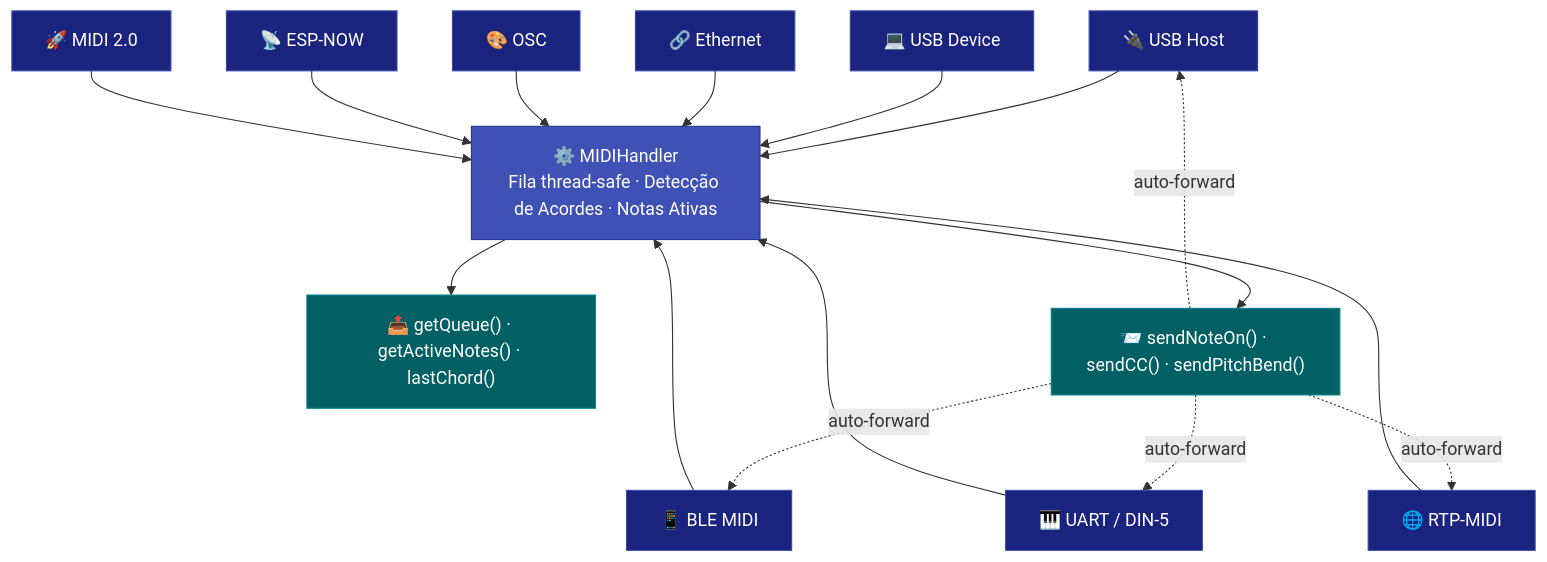
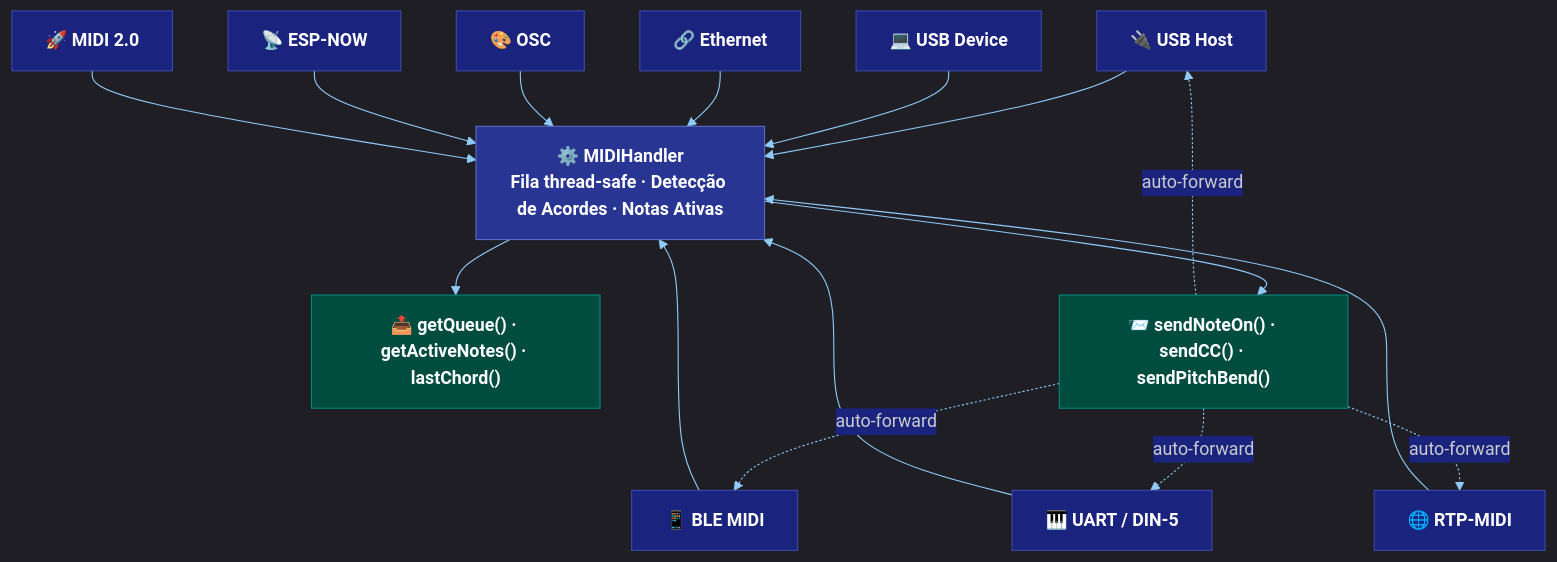
The diagram in docs/index.md (sauloverissimo/ESP32_Host_MIDI), drawn with Mermaid before and after one commit. The commit also changed 1 other file, not shown here.

Commit message:
Force dark theme on Mermaid diagrams for consistent contrast in light/dark modes
Use %%{init: {'theme': 'dark'}}%% on architecture and roadmap diagrams so
white text on dark nodes is always readable regardless of the page color scheme

````diff
--- a/docs/index.md
+++ b/docs/index.md
@@ -11,29 +11,30 @@
 ```mermaid
+%%{init: {'theme': 'dark', 'themeVariables': {'primaryColor': '#1A237E', 'primaryTextColor': '#ffffff', 'primaryBorderColor': '#3949AB', 'lineColor': '#90CAF9', 'secondaryColor': '#3F51B5', 'tertiaryColor': '#006064', 'edgeLabelBackground': '#1A237E'}}}%%
 flowchart TD
-    classDef transport fill:#1A237E,color:#fff,stroke:#3949AB
-    classDef handler  fill:#3F51B5,color:#fff,stroke:#283593
-    classDef output   fill:#006064,color:#fff,stroke:#00838F
+    classDef transport fill:#1A237E,color:#fff,stroke:#3949AB,font-weight:bold
+    classDef handler  fill:#283593,color:#fff,stroke:#5C6BC0,font-weight:bold
+    classDef output   fill:#004D40,color:#fff,stroke:#00897B,font-weight:bold
 
     USB["🔌 USB Host"]:::transport
     BLE["📱 BLE MIDI"]:::transport
     DEV["💻 USB Device"]:::transport
     UART["🎹 UART / DIN-5"]:::transport
     RTP["🌐 RTP-MIDI"]:::transport
     ETH["🔗 Ethernet"]:::transport
     OSC["🎨 OSC"]:::transport
     NOW["📡 ESP-NOW"]:::transport
     M2["🚀 MIDI 2.0"]:::transport
 
     HANDLER["⚙️ MIDIHandler\nFila thread-safe · Detecção de Acordes · Notas Ativas"]:::handler
 
     GET["📤 getQueue() · getActiveNotes() · lastChord()"]:::output
     SEND["📨 sendNoteOn() · sendCC() · sendPitchBend()"]:::output
 
     USB  & BLE  & DEV  --> HANDLER
     UART & RTP  & ETH  --> HANDLER
     OSC  & NOW  & M2   --> HANDLER
 
     HANDLER --> GET
     HANDLER --> SEND
     SEND -.->|auto-forward| USB & BLE & UART & RTP
 ```
````
